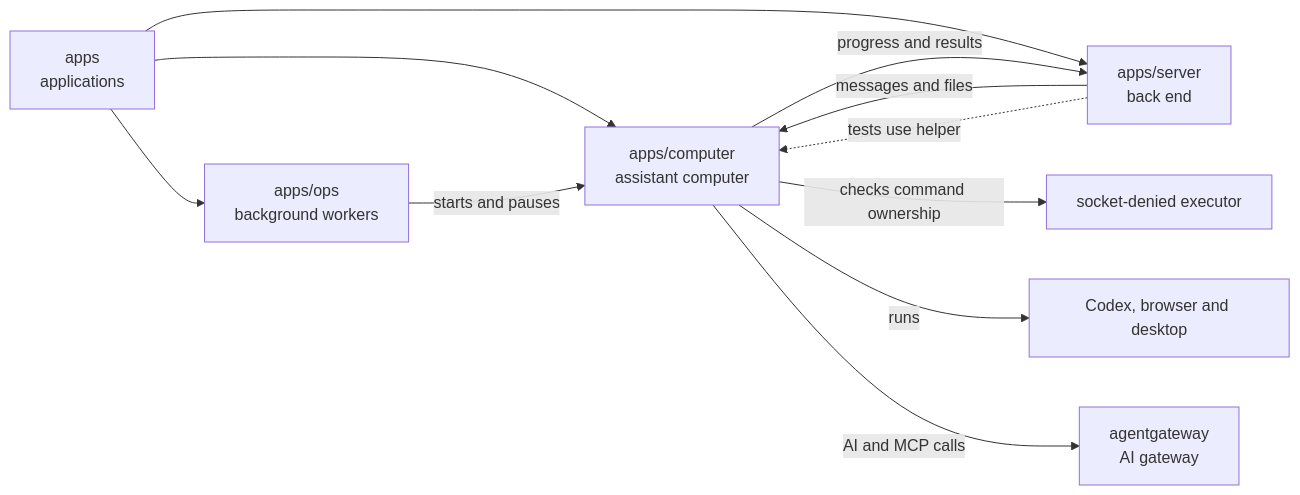
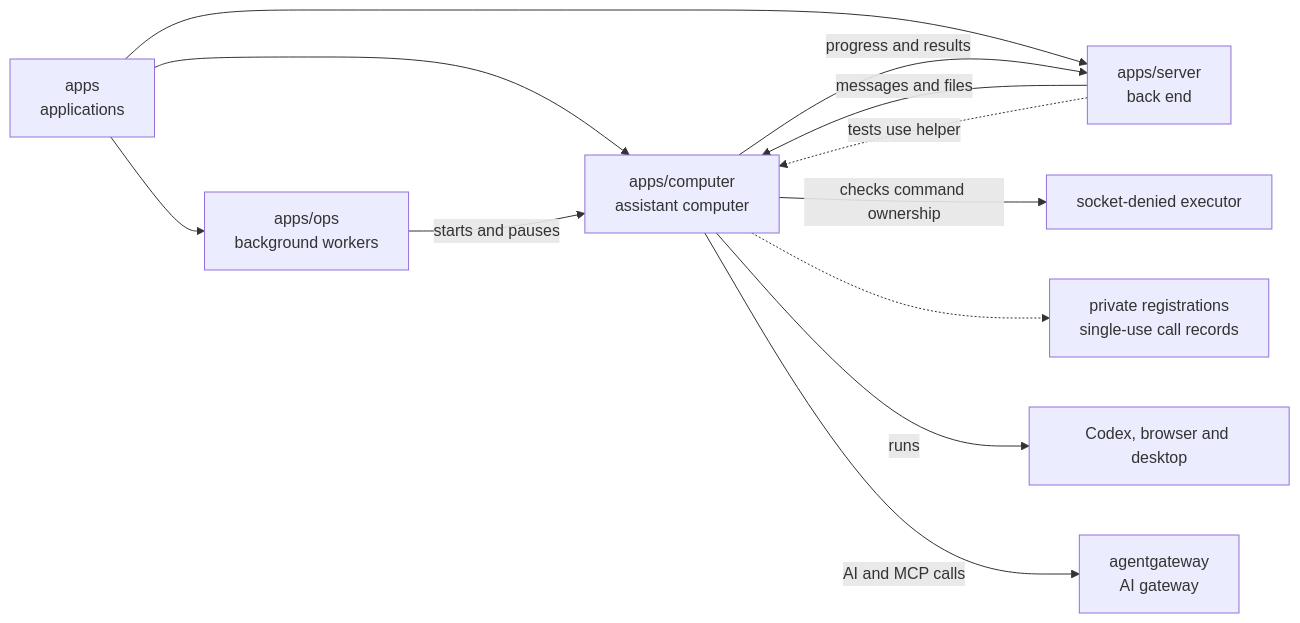
The diagram in apps/computer/README.md (elewa-git/opencrane-new), drawn with Mermaid before and after one commit. The commit also changed other lines of this file and 5 other files, not shown here.

Commit message:
🔒 Keep worker registrations private and single-use

````diff
--- a/apps/computer/README.md
+++ b/apps/computer/README.md
@@ -16,13 +16,14 @@
 ```mermaid
 flowchart LR
   apps["apps<br/>applications"] --> computer["apps/computer<br/>assistant computer"]
   apps --> ops["apps/ops<br/>background workers"]
   apps --> server["apps/server<br/>back end"]
   ops -->|starts and pauses| computer
   server -->|messages and files| computer
   server -.->|tests use helper| computer
   computer -->|progress and results| server
   computer -->|checks command ownership| executor["socket-denied executor"]
+  computer -.-> registrations["private registrations<br/>single-use call records"]
   computer -->|runs| desktop["Codex, browser and desktop"]
   computer -->|AI and MCP calls| gateway["agentgateway<br/>AI gateway"]
 ```
````
